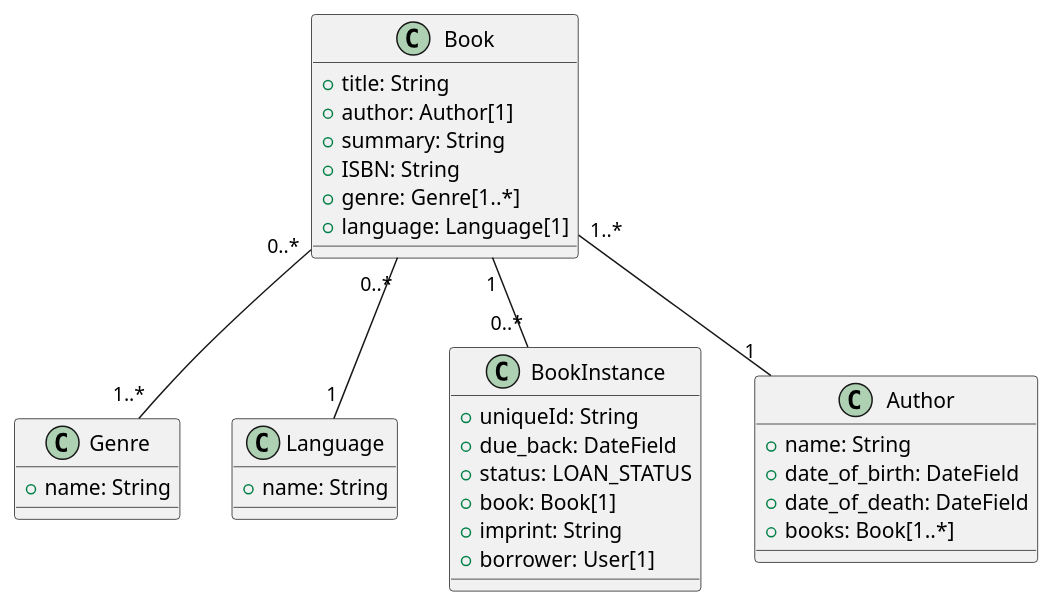
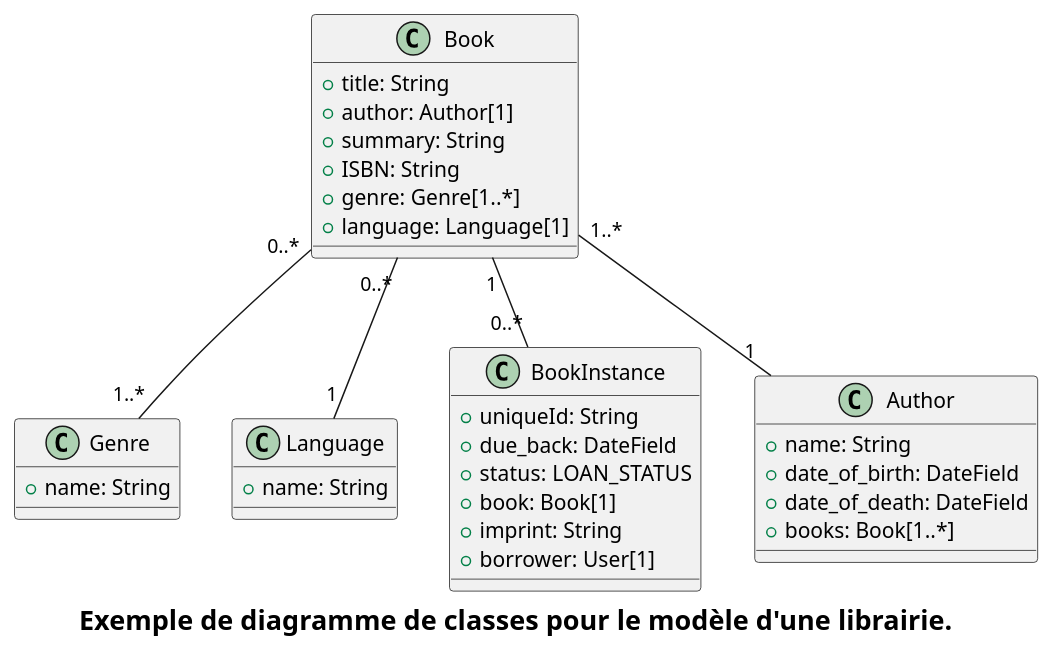
Before and after one commit to tavenel/website: the sixth of 9 diagrams in src/pages/cours/ddd/ddd-cours.md, drawn with PlantUML. The commit also changed other lines of this file and 22 other files, not shown here.

Commit message:
astro: plantuml and cleanup all diagrams

````diff
--- a/src/pages/cours/ddd/ddd-cours.md
+++ b/src/pages/cours/ddd/ddd-cours.md
@@ -625,43 +627,47 @@
 ```plantuml
 @startuml
+
+caption
+= Exemple de diagramme de classes pour le modèle d'une librairie.
+endcaption
 
 class Book {
   +title: String
   +author: Author[1]
   +summary: String
   +ISBN: String
   +genre: Genre[1..*]
   +language: Language[1]
 }
 
 class Genre {
   +name: String
 }
 
 class Language {
   +name: String
 }
 
 class BookInstance {
   +uniqueId: String
   +due_back: DateField
   +status: LOAN_STATUS
   +book: Book[1]
   +imprint: String
   +borrower: User[1]
 }
 
 class Author {
  +name: String
   +date_of_birth: DateField
   +date_of_death: DateField
   +books: Book[1..*]
 }
 
 Book "1..*" -- "1" Author
 Book "0..*" -- "1..*" Genre
 Book "0..*" -- "1" Language
 Book "1" -- "0..*" BookInstance
 
 @enduml
 ```
````
